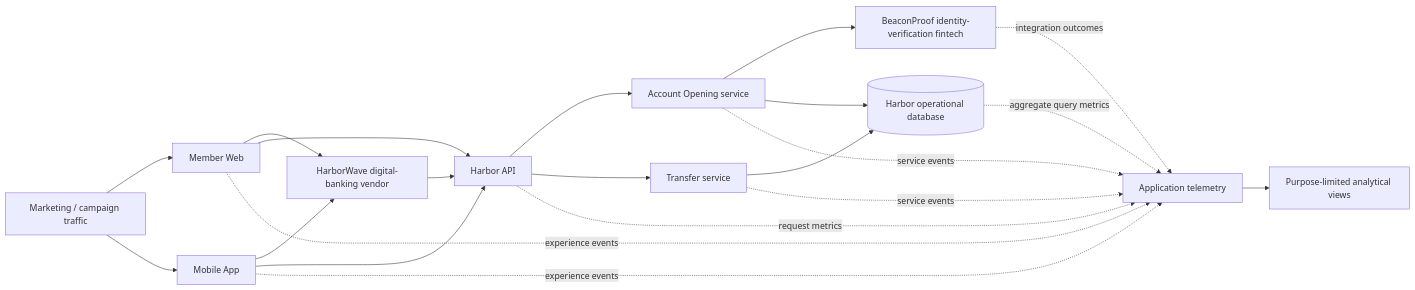
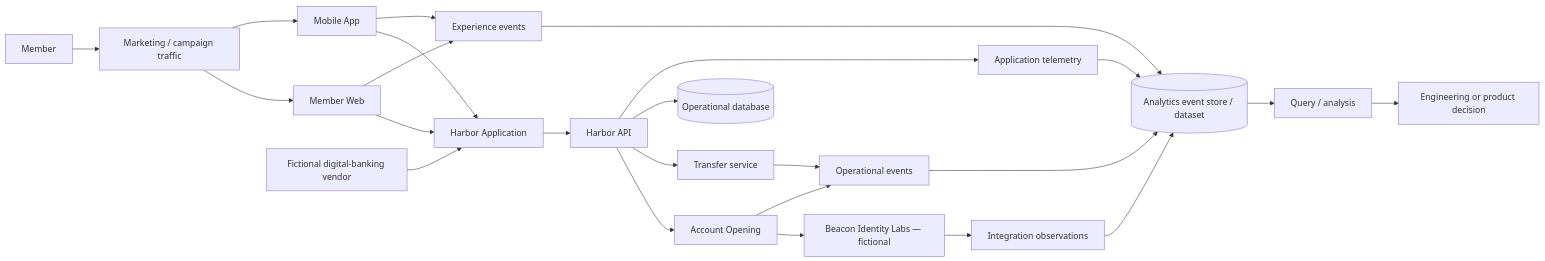
The diagram in docs/HARBOR_ANALYTICS_ARCHITECTURE.md (Garcia-Systems/digital-banking-data-analytics-lab), drawn with Mermaid before and after one commit. The commit also changed other lines of this file and 16 other files, not shown here.

````diff
--- a/docs/HARBOR_ANALYTICS_ARCHITECTURE.md
+++ b/docs/HARBOR_ANALYTICS_ARCHITECTURE.md
@@ -5,24 +5,26 @@
 ```mermaid
 flowchart LR
-  Campaign[Marketing / campaign traffic] --> Web[Member Web]
-  Campaign --> Mobile[Mobile App]
-  Web --> Vendor[HarborWave digital-banking vendor]
-  Mobile --> Vendor
-  Web --> API[Harbor API]
-  Mobile --> API
-  Vendor --> API
-  API --> AO[Account Opening service]
-  API --> Transfer[Transfer service]
-  AO --> IDV[BeaconProof identity-verification fintech]
-  AO --> ODB[(Harbor operational database)]
-  Transfer --> ODB
-
-  Web -. experience events .-> Telemetry[Application telemetry]
-  Mobile -. experience events .-> Telemetry
-  API -. request metrics .-> Telemetry
-  AO -. service events .-> Telemetry
-  Transfer -. service events .-> Telemetry
-  IDV -. integration outcomes .-> Telemetry
-  ODB -. aggregate query metrics .-> Telemetry
-  Telemetry --> Analysis[Purpose-limited analytical views]
+ Member --> Campaign[Marketing / campaign traffic]
+ Campaign --> Web[Member Web]
+ Campaign --> Mobile[Mobile App]
+ Web --> App[Harbor Application]
+ Mobile --> App
+ Vendor[Fictional digital-banking vendor] --> App
+ App --> API[Harbor API]
+ API --> AO[Account Opening]
+ API --> Transfer[Transfer service]
+ API --> DB[(Operational database)]
+ AO --> Identity[Beacon Identity Labs — fictional]
+ Web --> Events[Experience events]
+ Mobile --> Events
+ API --> Telemetry[Application telemetry]
+ AO --> Ops[Operational events]
+ Transfer --> Ops
+ Identity --> Integration[Integration observations]
+ Events --> Store[(Analytics event store / dataset)]
+ Telemetry --> Store
+ Ops --> Store
+ Integration --> Store
+ Store --> Analysis[Query / analysis]
+ Analysis --> Decision[Engineering or product decision]
 ```
````
